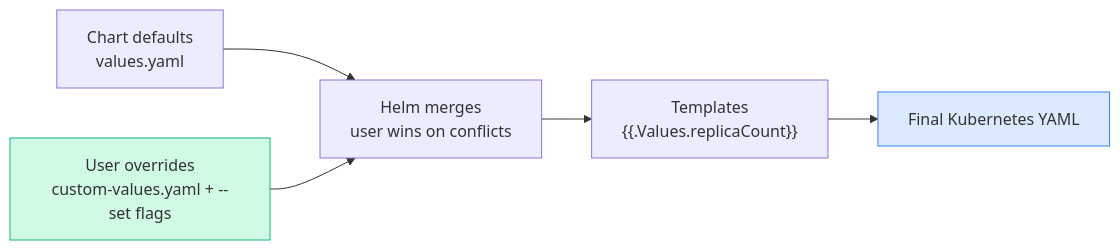
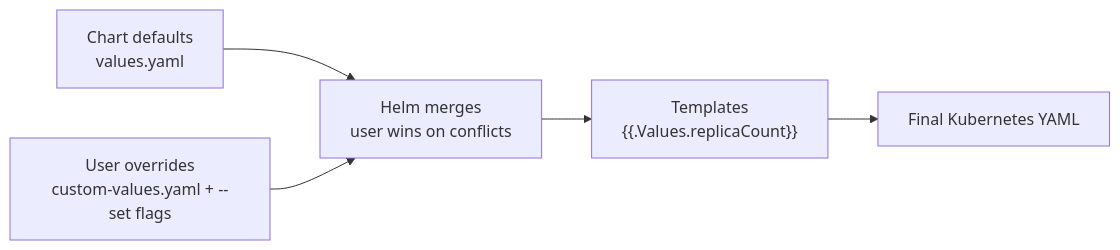
One commit to Gautam4424/k8slearn-content changed the second of 4 diagrams in content/cka/13-helm-kubernetes-package-manager/overview/overview.md. Above: the diagram before and after it, drawn with Mermaid. The commit also changed other lines of this file and 40 other files, not shown here.

Commit message:
chore: fix mermaid style regex

````diff
--- a/content/cka/13-helm-kubernetes-package-manager/overview/overview.md
+++ b/content/cka/13-helm-kubernetes-package-manager/overview/overview.md
@@ -120,15 +117,12 @@
 ```mermaid
 flowchart LR
     CV["Chart defaults\nvalues.yaml"]
     UV["User overrides\ncustom-values.yaml + --set flags"]
     MERGE["Helm merges\nuser wins on conflicts"]
     TPL["Templates\n{{.Values.replicaCount}}"]
     YAML["Final Kubernetes YAML"]
 
     CV --> MERGE
     UV --> MERGE
     MERGE --> TPL --> YAML
-
-    style UV fill:#d1fae5,stroke:#10b981
-    style YAML fill:#dbeafe,stroke:#3b82f6
 ```
````
